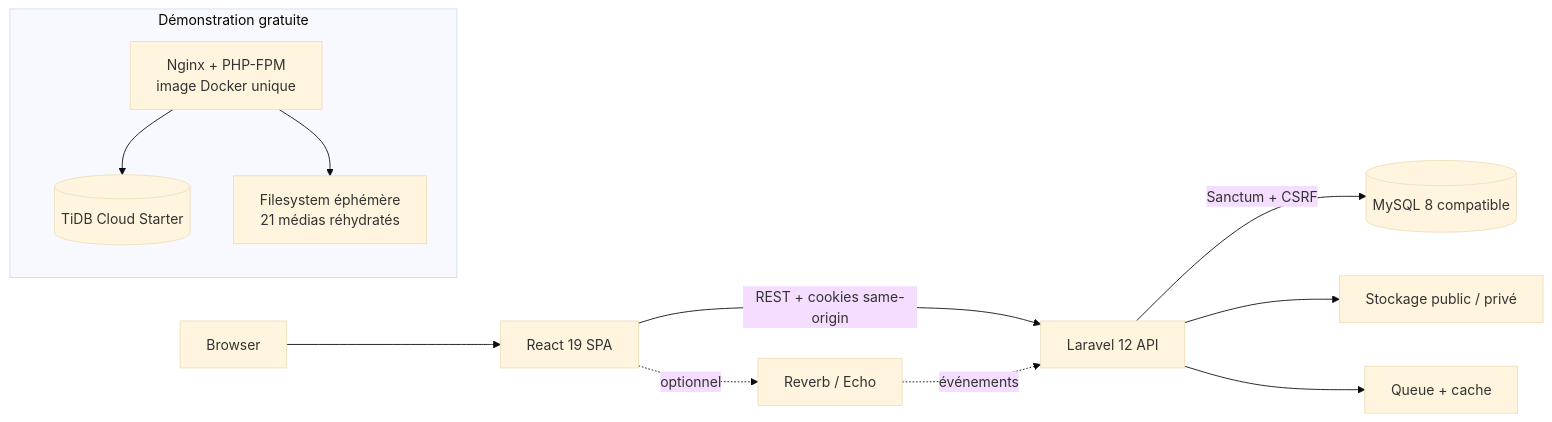
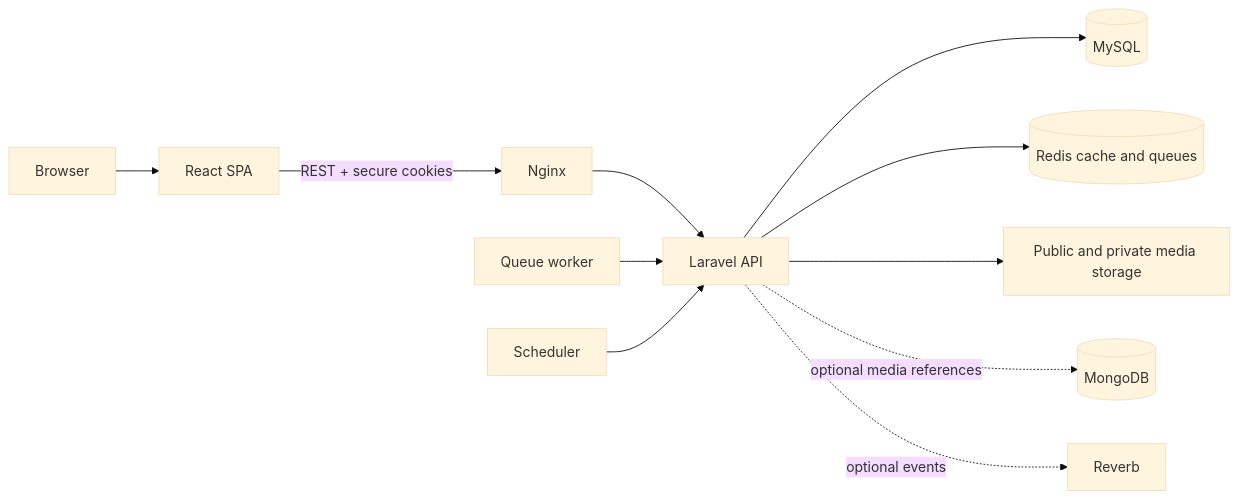
Before and after one commit to 5eef/YaZoo: the first of 2 diagrams in README.md, drawn with Mermaid (base theme). The commit also changed other lines of this file and 12 other files, not shown here.

````diff
--- a/README.md
+++ b/README.md
@@ -41,15 +110,13 @@
 ```mermaid
 flowchart LR
-    B[Browser] --> R[React 19 SPA]
-    R -->|REST + cookies same-origin| L[Laravel 12 API]
-    L -->|Sanctum + CSRF| M[(MySQL 8 compatible)]
-    L --> S[Stockage public / privé]
-    L --> Q[Queue + cache]
-    R -. optionnel .-> W[Reverb / Echo]
-    W -. événements .-> L
-
-    subgraph Démonstration gratuite
-      N[Nginx + PHP-FPM<br/>image Docker unique] --> T[(TiDB Cloud Starter)]
-      N --> E[Filesystem éphémère<br/>21 médias réhydratés]
-    end
+    U[Browser] --> F[React SPA]
+    F -->|REST + secure cookies| N[Nginx]
+    N --> A[Laravel API]
+    A --> M[(MySQL)]
+    A --> R[(Redis cache and queues)]
+    A --> S[Public and private media storage]
+    A -. optional media references .-> G[(MongoDB)]
+    A -. optional events .-> W[Reverb]
+    Q[Queue worker] --> A
+    C[Scheduler] --> A
 ```
````
